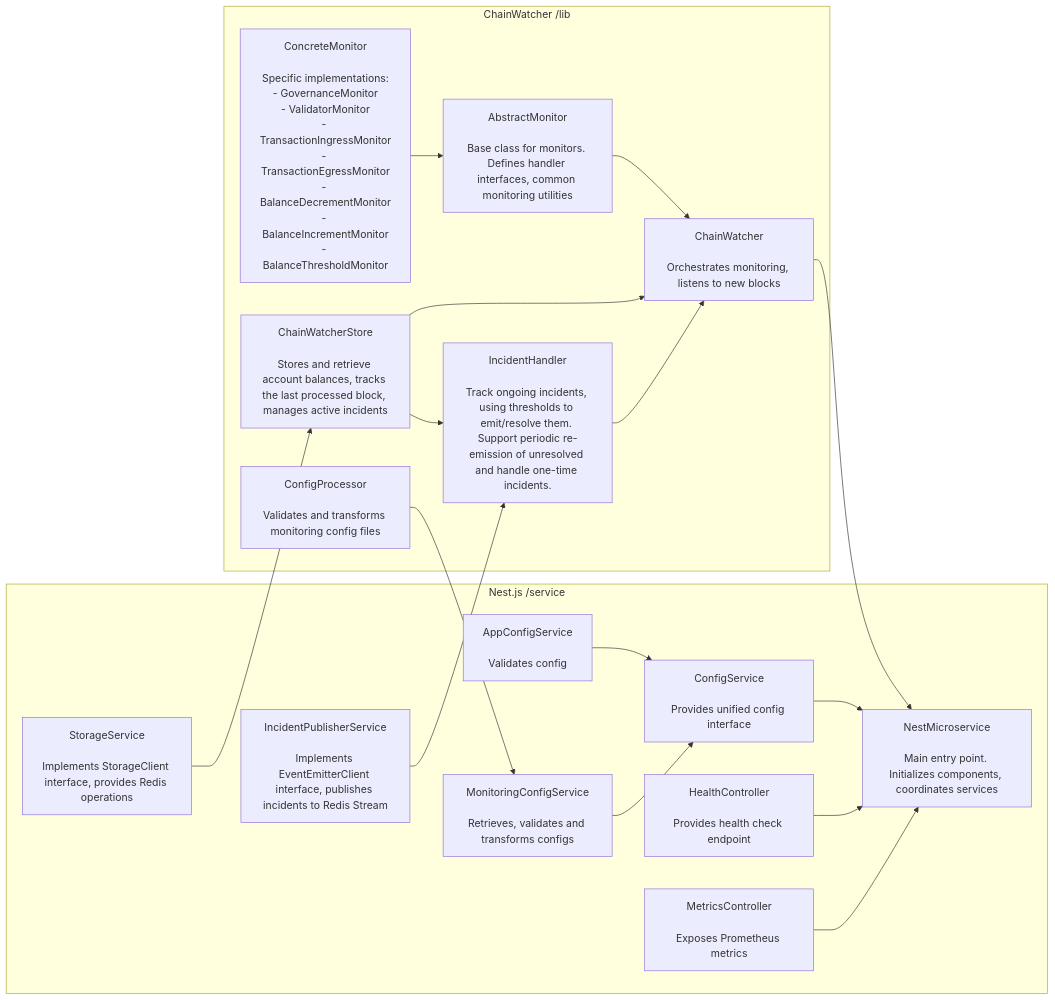
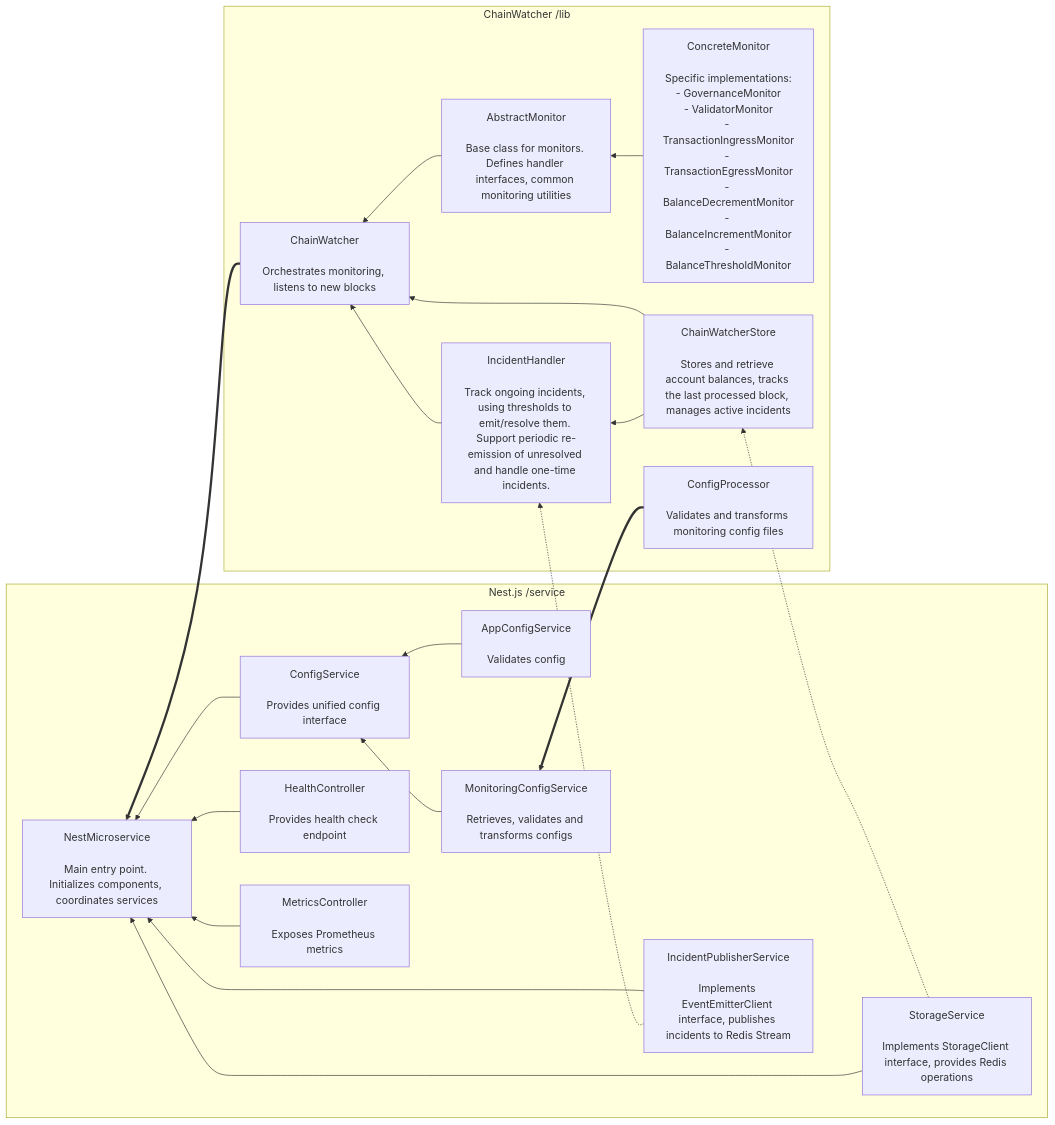
One commit to w3f/polguard changed the diagram in chain-watcher/README.md. Above: the diagram before and after it, drawn with Mermaid.

````diff
--- a/chain-watcher/README.md
+++ b/chain-watcher/README.md
@@ -7,38 +7,40 @@
 ```mermaid
-flowchart LR
+flowchart RL
     subgraph NestClasses["Nest.js /service"]
         A[NestMicroservice<br><br>Main entry point. Initializes components, coordinates services]
         B[ConfigService<br><br>Provides unified config interface]
         C[AppConfigService<br><br>Validates config]
         D[MonitoringConfigService<br><br>Retrieves, validates and transforms configs]
         E[StorageService<br><br>Implements StorageClient interface, provides Redis operations]
         F[HealthController<br><br>Provides health check endpoint]
         G[MetricsController<br><br>Exposes Prometheus metrics]
         I[IncidentPublisherService<br><br>Implements EventEmitterClient interface, publishes incidents to Redis Stream]
     end
 
     subgraph ChainWatcherClasses["ChainWatcher /lib"]
         J[ChainWatcher<br><br>Orchestrates monitoring, listens to new blocks]
         K[AbstractMonitor<br><br>Base class for monitors. Defines handler interfaces, common monitoring utilities]
         L[ConcreteMonitor<br><br>Specific implementations:<br>- GovernanceMonitor<br>- ValidatorMonitor<br>- TransactionIngressMonitor<br>- TransactionEgressMonitor<br>- BalanceDecrementMonitor<br>- BalanceIncrementMonitor<br>- BalanceThresholdMonitor]
         M[IncidentHandler<br><br>Track ongoing incidents, using thresholds to emit/resolve them. Support periodic re-emission of unresolved and handle one-time incidents.]
         N[ChainWatcherStore<br><br>Stores and retrieve account balances, tracks the last processed block, manages active incidents]
         O[ConfigProcessor<br><br>Validates and transforms monitoring config files]
     end
 
     D --> B
     C --> B
     B --> A
-    E --> N
+    E -.-> N
+    E --> A
+    I --> A
     F --> A
     G --> A
 
-    J --> A
+    J ==> A
     K --> J
     L --> K
     M --> J
     N --> J
     N --> M
-    O --> D
-    I --> M
+    O ==> D
+    I -.-> M
 ```
````
